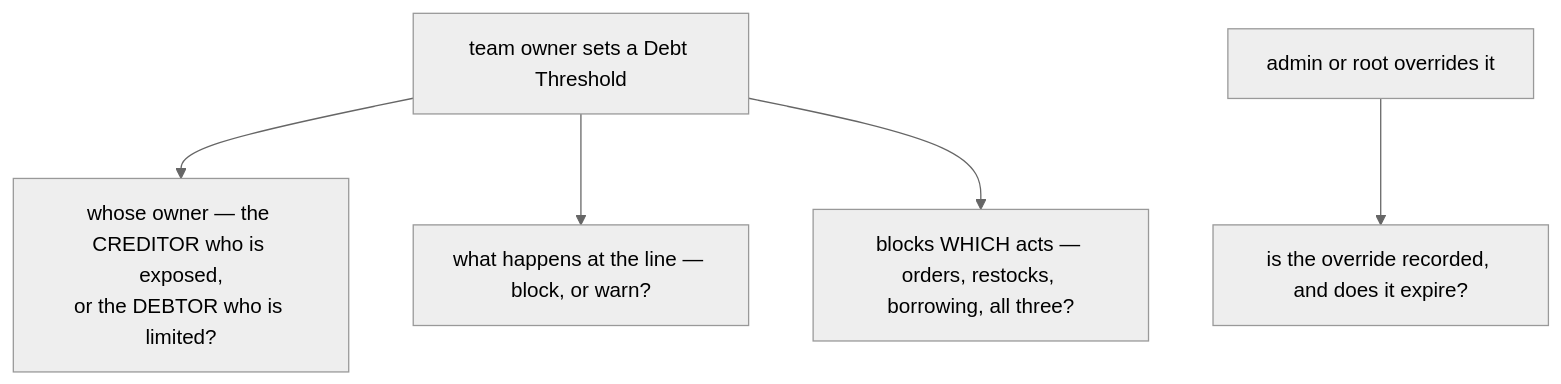
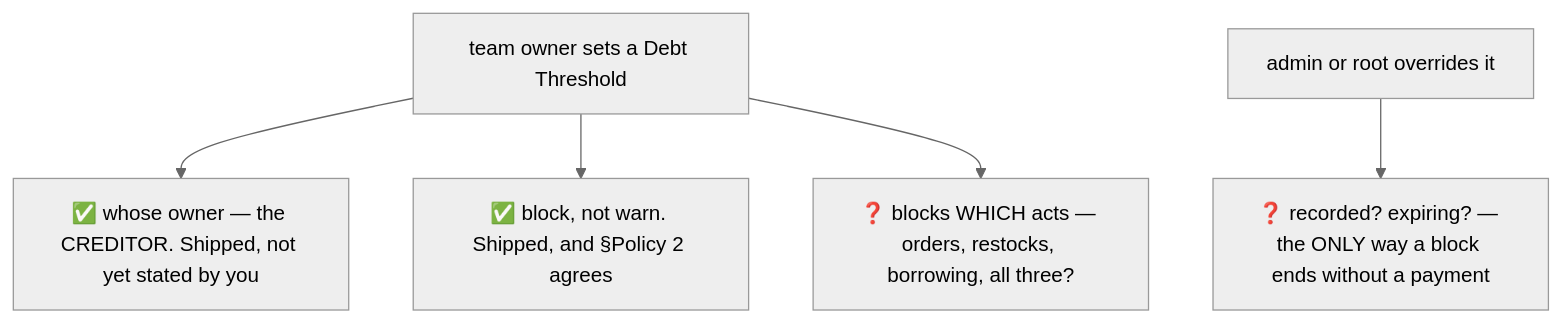
Before and after one commit to pdcgo/warehouse_revamp: the second of 5 diagrams in docs/business/balance/context_clarify.md, drawn with Mermaid (neutral theme). The commit also changed other lines of this file and 221 other files, not shown here.

````diff
--- a/docs/business/balance/context_clarify.md
+++ b/docs/business/balance/context_clarify.md
@@ -98,7 +280,7 @@
 ```mermaid
 flowchart TB
-  O["team owner sets a Debt Threshold"] --> Q1["whose owner — the CREDITOR who is exposed,<br/>or the DEBTOR who is limited?"]
-  O --> Q2["what happens at the line — block, or warn?"]
-  O --> Q3["blocks WHICH acts — orders, restocks, borrowing, all three?"]
-  A["admin or root overrides it"] --> Q4["is the override recorded, and does it expire?"]
+  O["team owner sets a Debt Threshold"] --> S1["✅ whose owner — the CREDITOR. Shipped, not yet stated by you"]
+  O --> S2["✅ block, not warn. Shipped, and §Policy 2 agrees"]
+  O --> Q3["❓ blocks WHICH acts — orders, restocks, borrowing, all three?"]
+  A["admin or root overrides it"] --> Q4["❓ recorded? expiring? — the ONLY way a block ends without a payment"]
 ```
````
